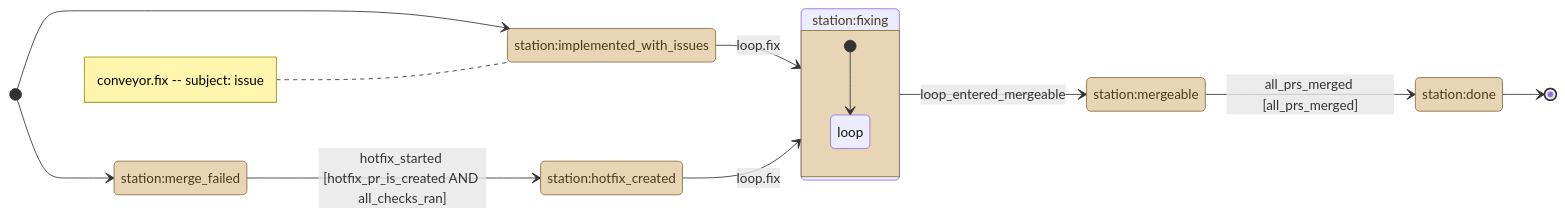
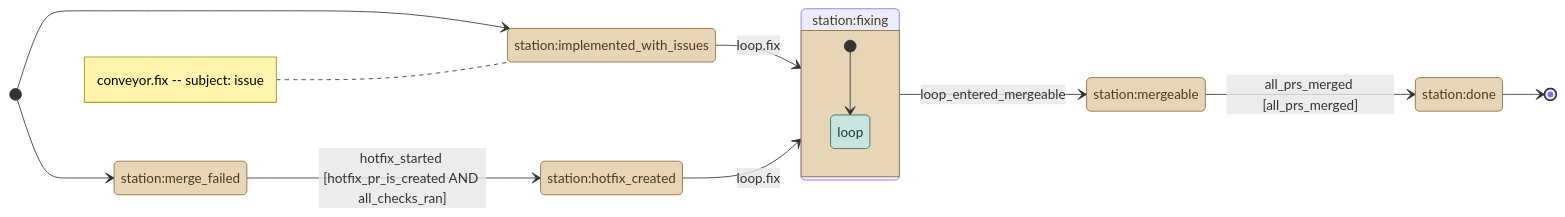
Before and after one commit to kostiantyn-matsebora/agent-ops-operator: the diagram in .github/conveyor-model/mermaid/conveyor_fix.mmd, drawn with Mermaid. The commit also changed 14 other files, not shown here.

```diff
--- a/.github/conveyor-model/mermaid/conveyor_fix.mmd
+++ b/.github/conveyor-model/mermaid/conveyor_fix.mmd
@@ -1,26 +1,27 @@
 stateDiagram-v2
     direction LR
     [*] --> station_implemented_with_issues
     [*] --> station_merge_failed
     note left of station_implemented_with_issues
         conveyor.fix  --  subject: issue
     end note
     classDef stationState fill:#e8d5b5,stroke:#8a6d3b,color:#4a3b1f
     classDef loopState fill:#c9e4de,stroke:#2f6b5e,color:#1a3b33
     state "station:implemented_with_issues" as station_implemented_with_issues
     state "station:merge_failed" as station_merge_failed
     state "station:hotfix_created" as station_hotfix_created
     state "station:fixing" as station_fixing
     state "station:mergeable" as station_mergeable
     state "station:done" as station_done
     station_implemented_with_issues --> station_fixing : loop.fix
     station_merge_failed --> station_hotfix_created : hotfix_started [hotfix_pr_is_created AND all_checks_ran]
     station_hotfix_created --> station_fixing : loop.fix
     station_fixing --> station_mergeable : loop_entered_mergeable
     station_mergeable --> station_done : all_prs_merged [all_prs_merged]
     station_done --> [*]
     class station_implemented_with_issues, station_merge_failed, station_hotfix_created, station_fixing, station_mergeable, station_done stationState
     state station_fixing {
         [*] --> station_fixing__loop
         state "loop" as station_fixing__loop
     }
+    class station_fixing__loop loopState
```
